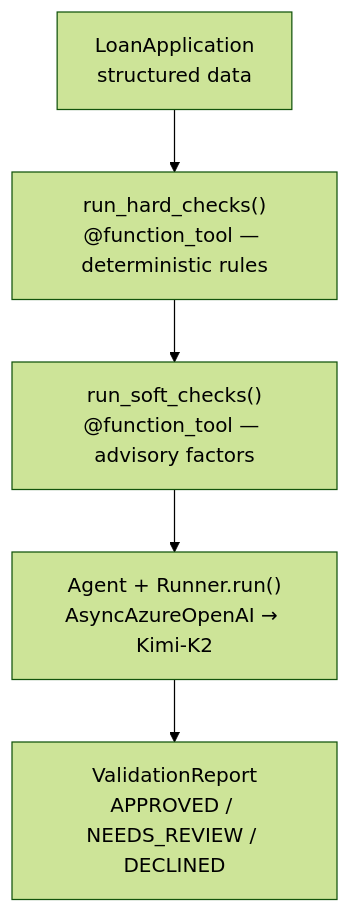
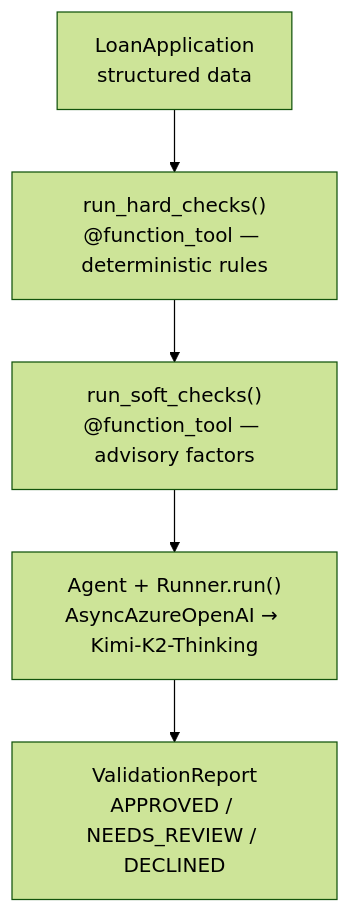
The diagram in a2a/lessons/12-openai-agents-sdk/README.md (nilayparikh/tuts-agentic-ai-examples), drawn with Mermaid (forest theme) before and after one commit. The commit also changed other lines of this file and 13 other files, not shown here.

First line of the commit message:
Refactor orchestrator to use Kimi-K2-Thinking; remove outdated scripts

````diff
--- a/a2a/lessons/12-openai-agents-sdk/README.md
+++ b/a2a/lessons/12-openai-agents-sdk/README.md
@@ -14,8 +14,8 @@
 ```mermaid
 flowchart TD
     Input["LoanApplication<br/>structured data"]
     Input --> Hard["run_hard_checks()<br/>@function_tool — deterministic rules"]
     Hard  --> Soft["run_soft_checks()<br/>@function_tool — advisory factors"]
-    Soft  --> LLM["Agent + Runner.run()<br/>AsyncAzureOpenAI → Kimi-K2"]
+    Soft  --> LLM["Agent + Runner.run()<br/>AsyncAzureOpenAI → Kimi-K2-Thinking"]
     LLM   --> Out["ValidationReport<br/>APPROVED / NEEDS_REVIEW / DECLINED"]
 ```
````
